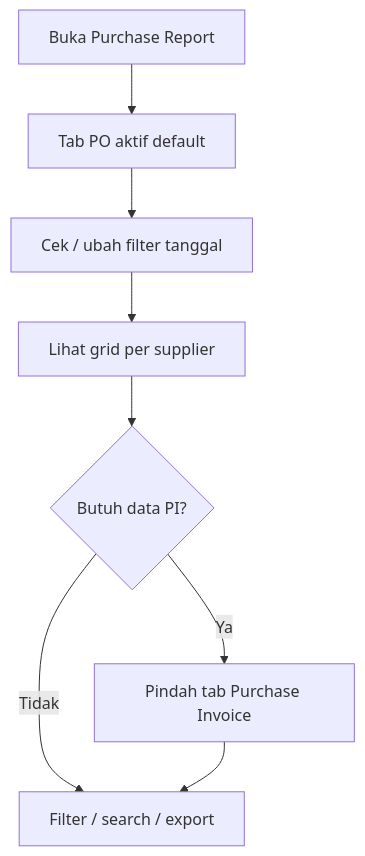
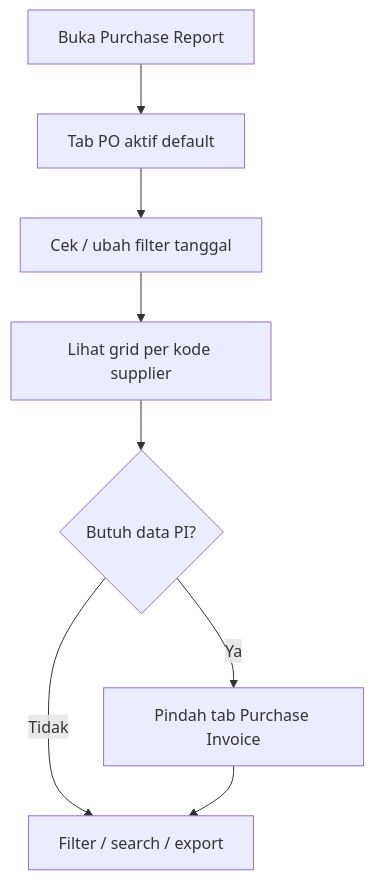
One commit to yendyr/olshoperp-docs changed the diagram in qa-docs/accounting-purchase-report/knowledge-base.md. Above: the diagram before and after it, drawn with Mermaid. The commit also changed other lines of this file and 58 other files, not shown here.

````diff
--- a/qa-docs/accounting-purchase-report/knowledge-base.md
+++ b/qa-docs/accounting-purchase-report/knowledge-base.md
@@ -30,10 +30,10 @@
 ```mermaid
 flowchart TD
   A[Buka Purchase Report] --> B[Tab PO aktif default]
   B --> C[Cek / ubah filter tanggal]
-  C --> D[Lihat grid per supplier]
+  C --> D[Lihat grid per kode supplier]
   D --> E{Butuh data PI?}
   E -->|Ya| F[Pindah tab Purchase Invoice]
   E -->|Tidak| G[Filter / search / export]
   F --> G
 ```
````
